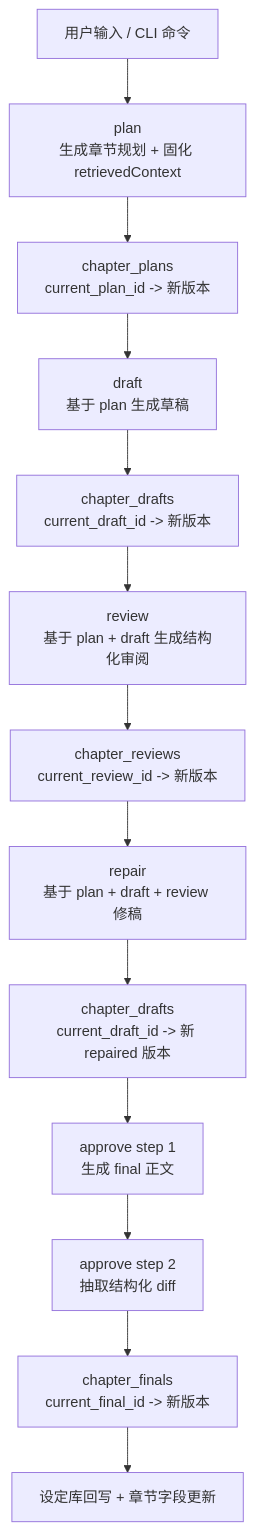
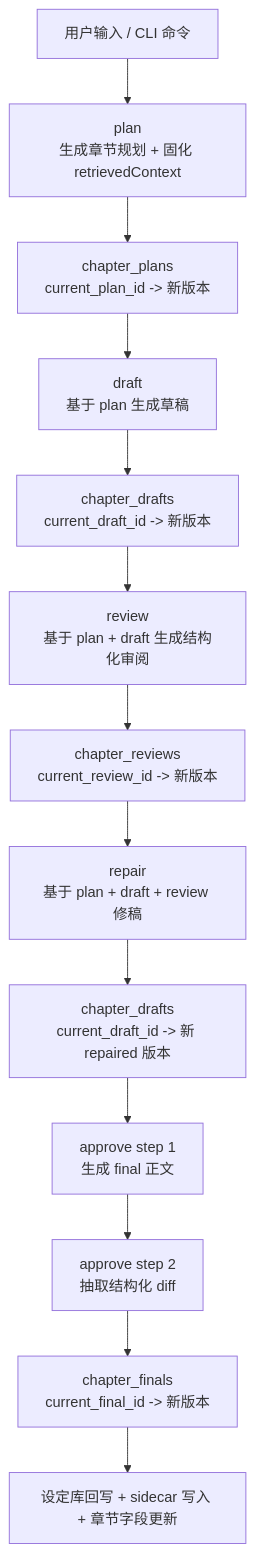
Before and after one commit to housirvip/myai-novel: the first of 4 diagrams in docs/chapter-pipeline-overview.md, drawn with Mermaid. The commit also changed other lines of this file and 11 other files, not shown here.

````diff
--- a/docs/chapter-pipeline-overview.md
+++ b/docs/chapter-pipeline-overview.md
@@ -62,33 +62,33 @@
 ```mermaid
 flowchart TD
     A1[用户输入 / CLI 命令]
     A2[plan
 生成章节规划 + 固化 retrievedContext]
     A3[chapter_plans
 current_plan_id -> 新版本]
 
     B1[draft
 基于 plan 生成草稿]
     B2[chapter_drafts
 current_draft_id -> 新版本]
 
     C1[review
 基于 plan + draft 生成结构化审阅]
     C2[chapter_reviews
 current_review_id -> 新版本]
 
     D1[repair
 基于 plan + draft + review 修稿]
     D2[chapter_drafts
 current_draft_id -> 新 repaired 版本]
 
     E1[approve step 1
 生成 final 正文]
     E2[approve step 2
 抽取结构化 diff]
     E3[chapter_finals
 current_final_id -> 新版本]
-    E4[设定库回写 + 章节字段更新]
+    E4[设定库回写 + sidecar 写入 + 章节字段更新]
 
     A1 --> A2 --> A3 --> B1 --> B2 --> C1 --> C2 --> D1 --> D2 --> E1 --> E2 --> E3 --> E4
 ```
````
